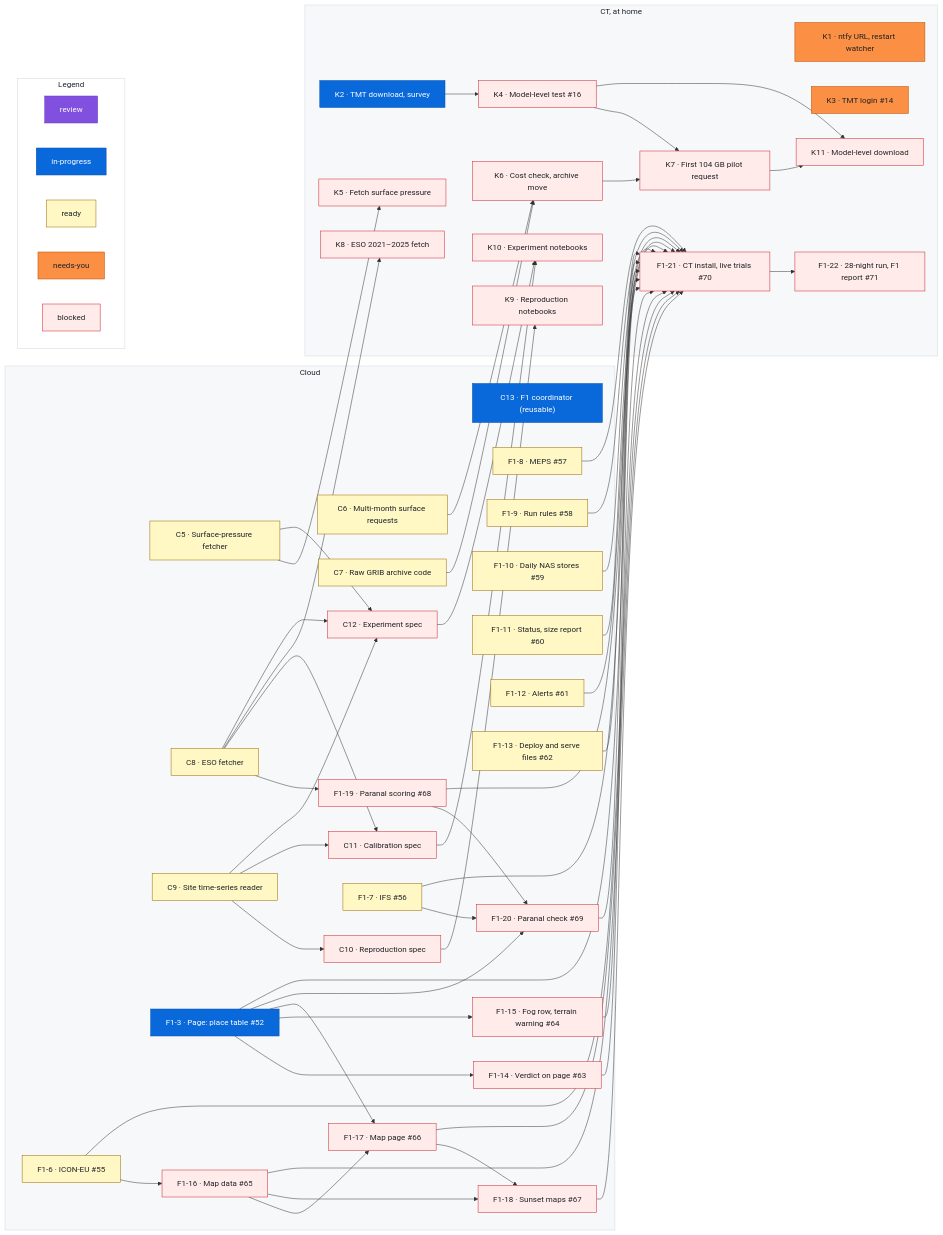
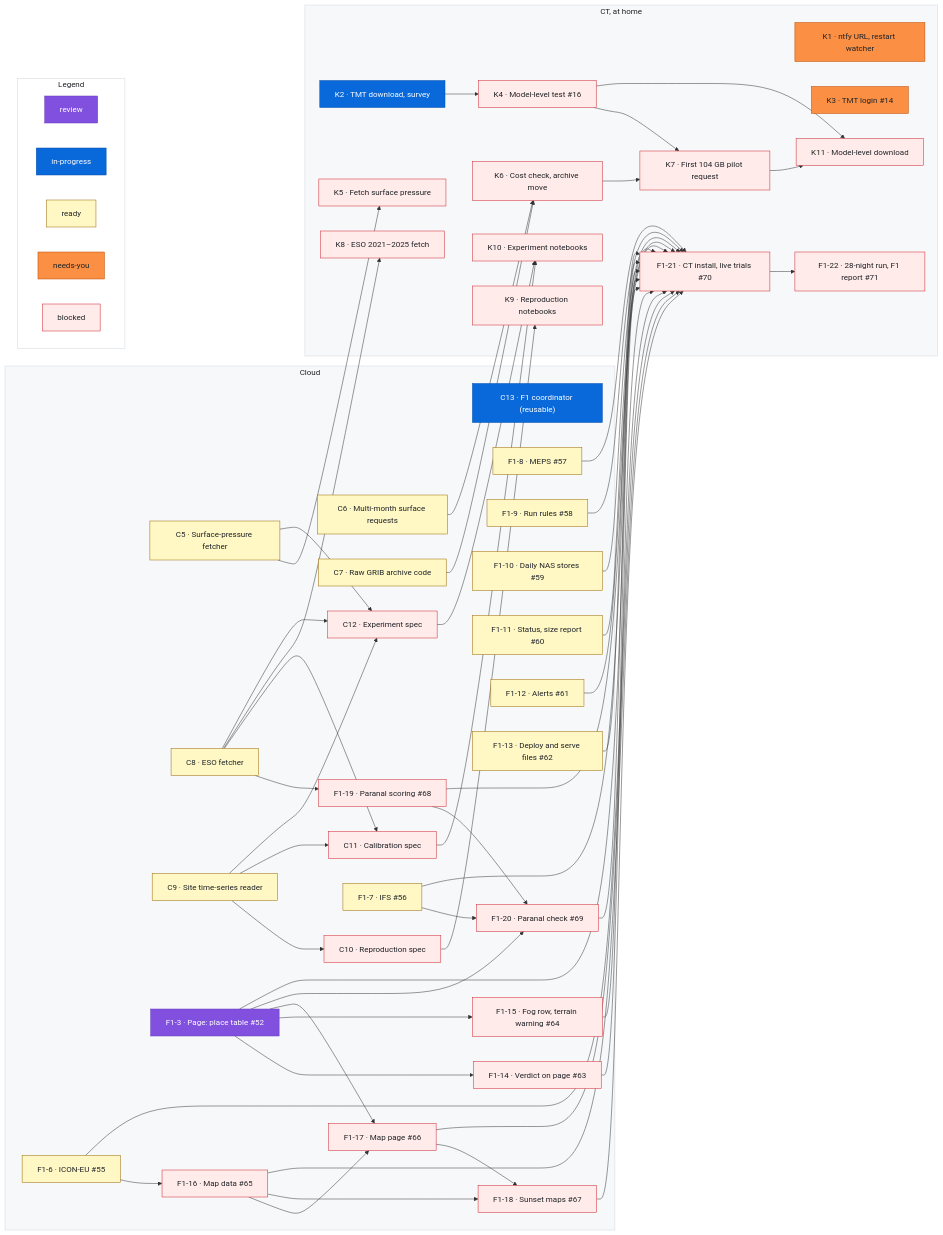
The diagram in docs/roadmap.md (rrweller/Astro-seeing), drawn with Mermaid before and after one commit. The commit also changed other lines of this file, not shown here.

Commit message:
roadmap: F1-3 in-progress → review

```diff
--- a/docs/roadmap.md
+++ b/docs/roadmap.md
@@ -221,7 +221,7 @@
   %% ---
   class C13 inprogress
   %% ---
-  class F1_3 inprogress
+  class F1_3 review
   %% ---
   class F1_6 ready
   %% ---
```
